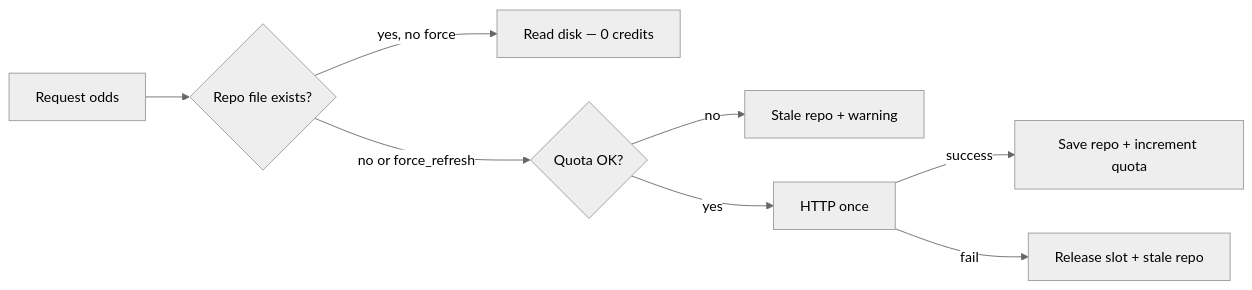
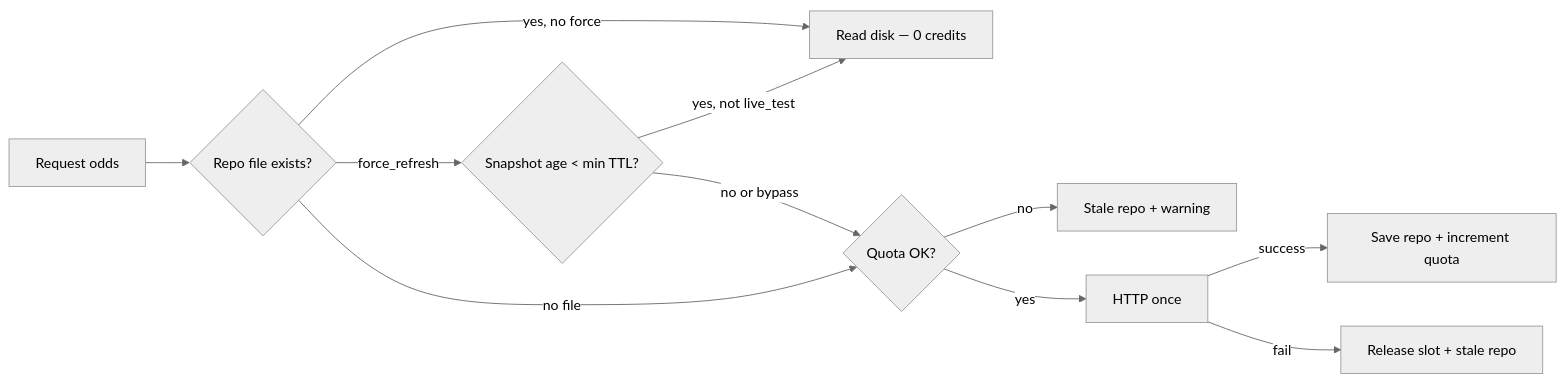
Before and after one commit to nickg1247-hue/Parlay-Builder-v1: the diagram in DEV.md, drawn with Mermaid (neutral theme). The commit also changed other lines of this file and 59 other files, not shown here.

````diff
--- a/DEV.md
+++ b/DEV.md
@@ -242,10 +286,13 @@
 ```mermaid
 flowchart LR
   A[Request odds] --> B{Repo file exists?}
   B -->|yes, no force| C[Read disk — 0 credits]
-  B -->|no or force_refresh| D{Quota OK?}
+  B -->|force_refresh| T{Snapshot age < min TTL?}
+  T -->|yes, not live_test| C
+  T -->|no or bypass| D{Quota OK?}
+  B -->|no file| D
   D -->|no| E[Stale repo + warning]
   D -->|yes| F[HTTP once]
   F -->|success| G[Save repo + increment quota]
   F -->|fail| H[Release slot + stale repo]
 ```
````
